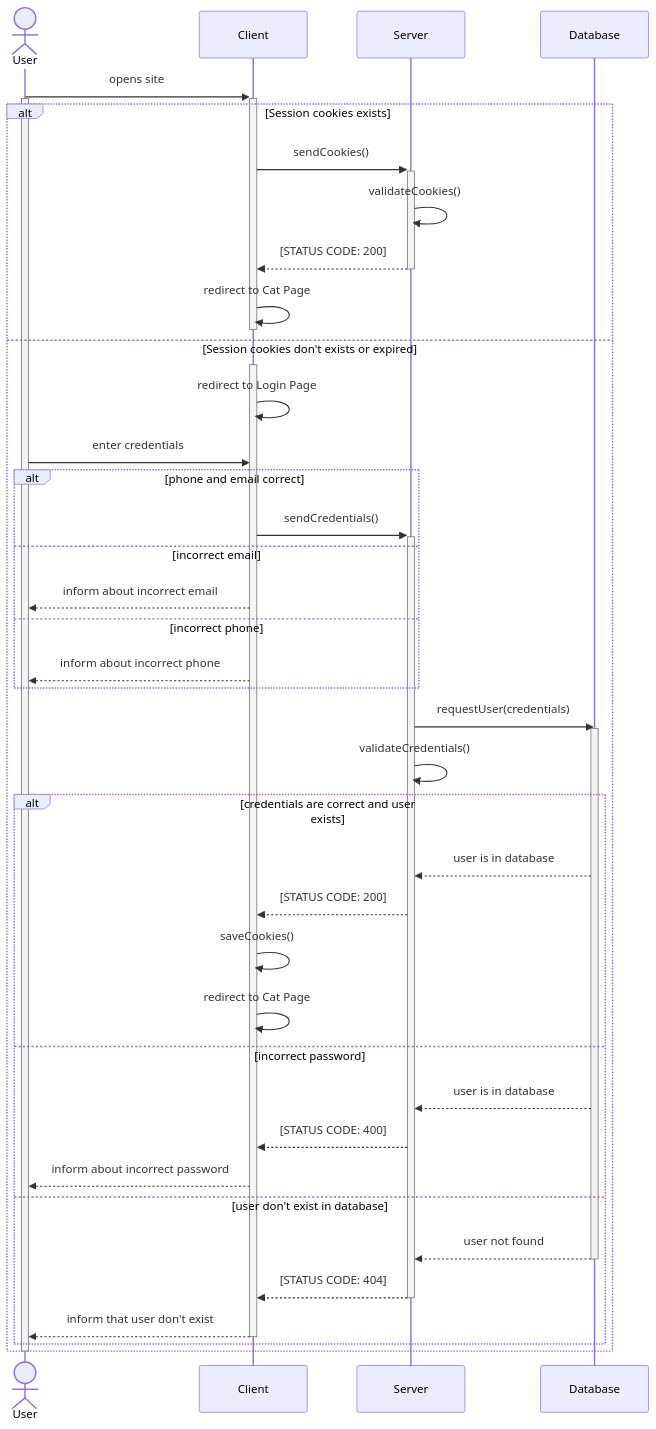
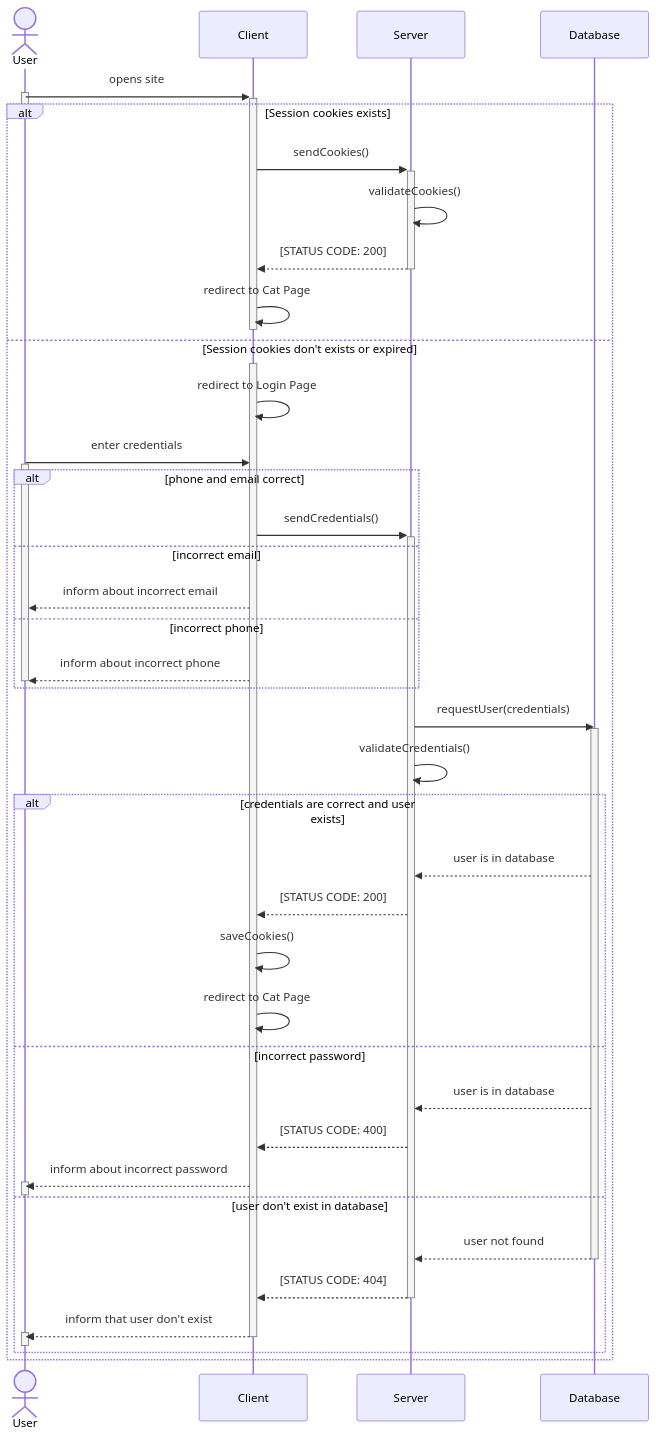
The diagram in SequenceUML_rmr.md (ArtDash/belousov_rmr_hw_server), drawn with Mermaid before and after one commit.

Commit message:
Update SequenceUML_rmr.md
Changed User activations

````diff
--- a/SequenceUML_rmr.md
+++ b/SequenceUML_rmr.md
@@ -1,52 +1,58 @@
 ```mermaid
 sequenceDiagram
     actor User;
     participant Client;
     participant Server;
     participant Database;
 
     User->>+Client: opens site;
     activate User;
+    deactivate User;
 
     alt Session cookies exists
         Client->>+Server: sendCookies();
         Server->>Server: validateCookies();
         Server-->>-Client: [STATUS CODE: 200];
         Client->>-Client: redirect to Cat Page;
     else Session cookies don't exists or expired
         activate Client;
         Client->>Client: redirect to Login Page;
 
         User->>Client: enter credentials;
+        activate User;
 
         alt phone and email correct
             Client->>+Server: sendCredentials();
         else incorrect email
             Client-->>User: inform about incorrect email;
         else incorrect phone
             Client-->>User: inform about incorrect phone;
+            deactivate User;
         end
 
         Server->>Database: requestUser(credentials);
         activate Database;
         Server->>Server: validateCredentials();
 
 
         alt credentials are correct and user exists
             Database-->>Server: user is in database;
             Server-->>Client: [STATUS CODE: 200];
             Client->>Client: saveCookies();
             Client->>Client: redirect to Cat Page
         else incorrect password
             Database-->>Server: user is in database;
             Server-->>Client: [STATUS CODE: 400];
             Client-->>User: inform about incorrect password;
+            activate User;
+            deactivate User;
         else user don't exist in database
             Database-->>Server: user not found;
             deactivate Database;
             Server-->>-Client: [STATUS CODE: 404];
             Client-->>-User: inform that user don't exist;
+            activate User;
+            deactivate User;
         end
     end
-    deactivate User;
 ```
````
